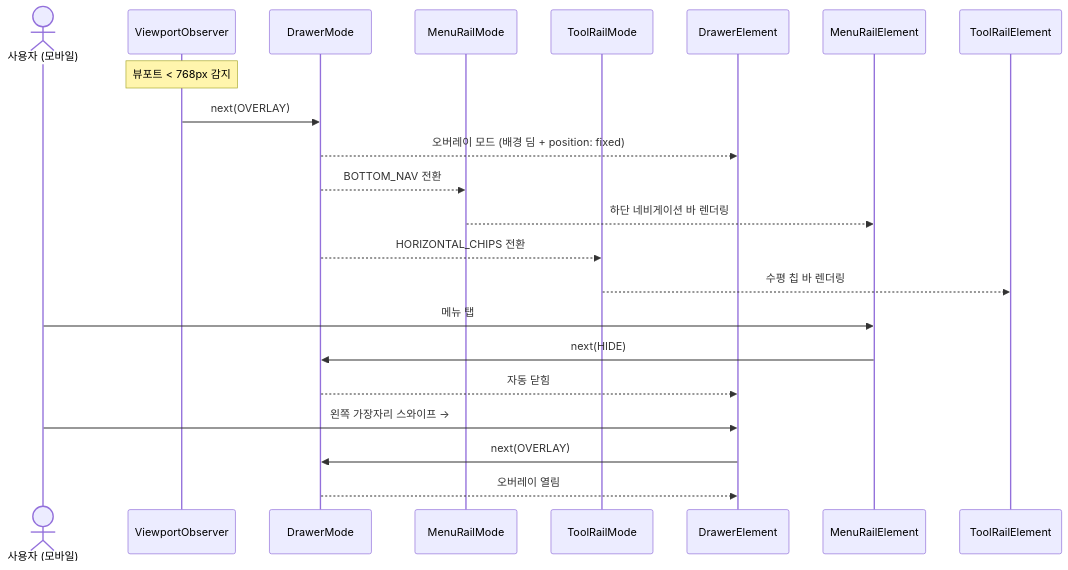
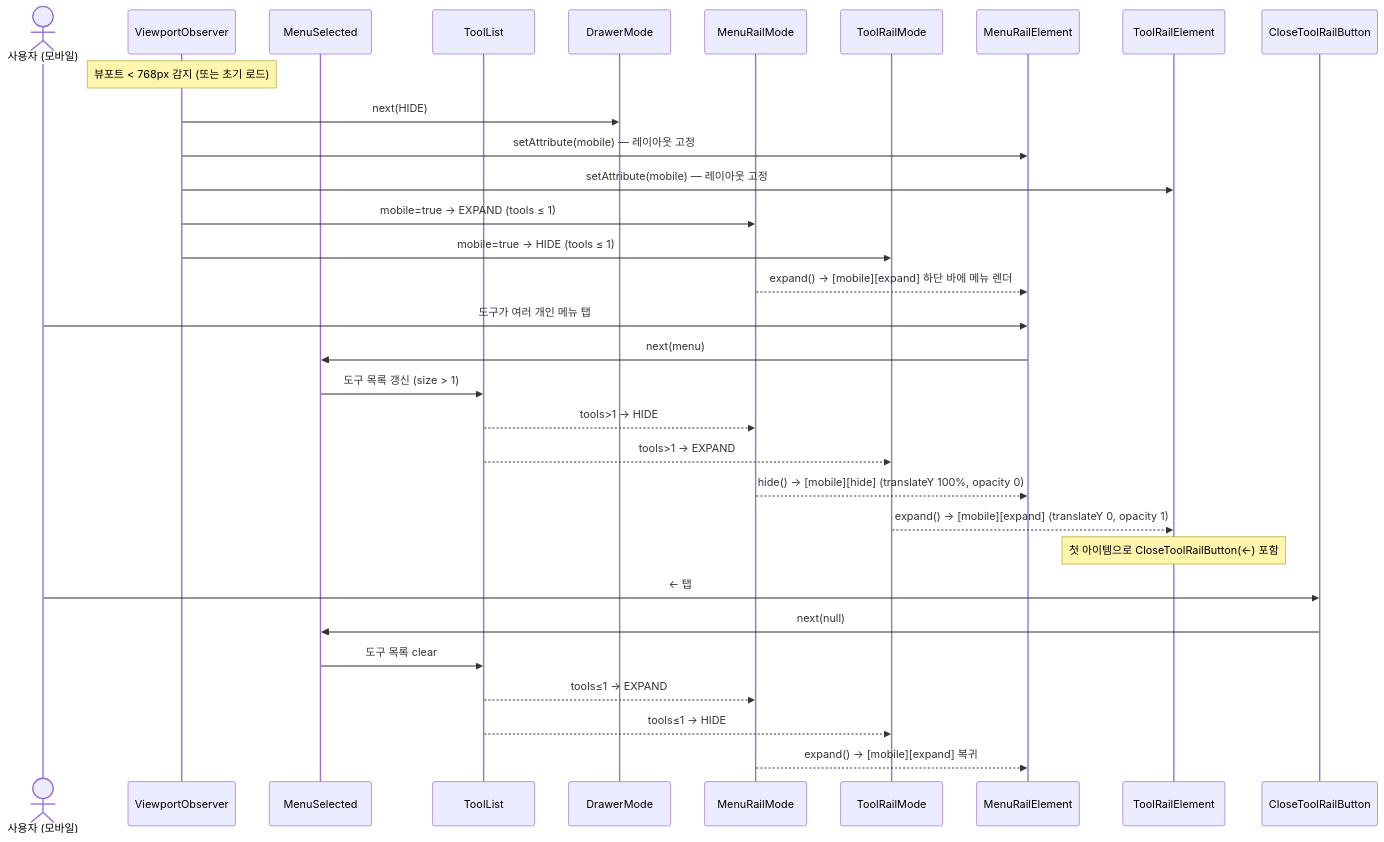
The seventh of 7 diagrams in shell-ui/USECASE.md (sayaya1090/handbook), drawn with Mermaid before and after one commit. The commit also changed other lines of this file and 15 other files, not shown here.

First line of the commit message:
refactor(shell-ui): rail 상태를 visibility × [mobile] 두 축으로 분리

````diff
--- a/shell-ui/USECASE.md
+++ b/shell-ui/USECASE.md
@@ -251,27 +256,37 @@
 ```mermaid
 sequenceDiagram
     actor User as 사용자 (모바일)
     participant VP as ViewportObserver
+    participant MS as MenuSelected
+    participant TL as ToolList
     participant DM as DrawerMode
     participant MRM as MenuRailMode
     participant TRM as ToolRailMode
-    participant Drawer as DrawerElement
     participant MR as MenuRailElement
     participant TR as ToolRailElement
+    participant Close as CloseToolRailButton
 
-    Note over VP: 뷰포트 < 768px 감지
-    VP->>DM: next(OVERLAY)
-    DM-->>Drawer: 오버레이 모드 (배경 딤 + position: fixed)
-    DM-->>MRM: BOTTOM_NAV 전환
-    MRM-->>MR: 하단 네비게이션 바 렌더링
-    DM-->>TRM: HORIZONTAL_CHIPS 전환
-    TRM-->>TR: 수평 칩 바 렌더링
+    Note over VP: 뷰포트 < 768px 감지 (또는 초기 로드)
+    VP->>DM: next(HIDE)
+    VP->>MR: setAttribute(mobile) — 레이아웃 고정
+    VP->>TR: setAttribute(mobile) — 레이아웃 고정
+    VP->>MRM: mobile=true → EXPAND (tools ≤ 1)
+    VP->>TRM: mobile=true → HIDE (tools ≤ 1)
+    MRM-->>MR: expand() → [mobile][expand] 하단 바에 메뉴 렌더
 
-    User->>MR: 메뉴 탭
-    MR->>DM: next(HIDE)
-    DM-->>Drawer: 자동 닫힘
+    User->>MR: 도구가 여러 개인 메뉴 탭
+    MR->>MS: next(menu)
+    MS->>TL: 도구 목록 갱신 (size > 1)
+    TL-->>MRM: tools>1 → HIDE
+    TL-->>TRM: tools>1 → EXPAND
+    MRM-->>MR: hide() → [mobile][hide] (translateY 100%, opacity 0)
+    TRM-->>TR: expand() → [mobile][expand] (translateY 0, opacity 1)
+    Note over TR: 첫 아이템으로 CloseToolRailButton(←) 포함
 
-    User->>Drawer: 왼쪽 가장자리 스와이프 →
-    Drawer->>DM: next(OVERLAY)
-    DM-->>Drawer: 오버레이 열림
+    User->>Close: ← 탭
+    Close->>MS: next(null)
+    MS->>TL: 도구 목록 clear
+    TL-->>MRM: tools≤1 → EXPAND
+    TL-->>TRM: tools≤1 → HIDE
+    MRM-->>MR: expand() → [mobile][expand] 복귀
 ```
````
